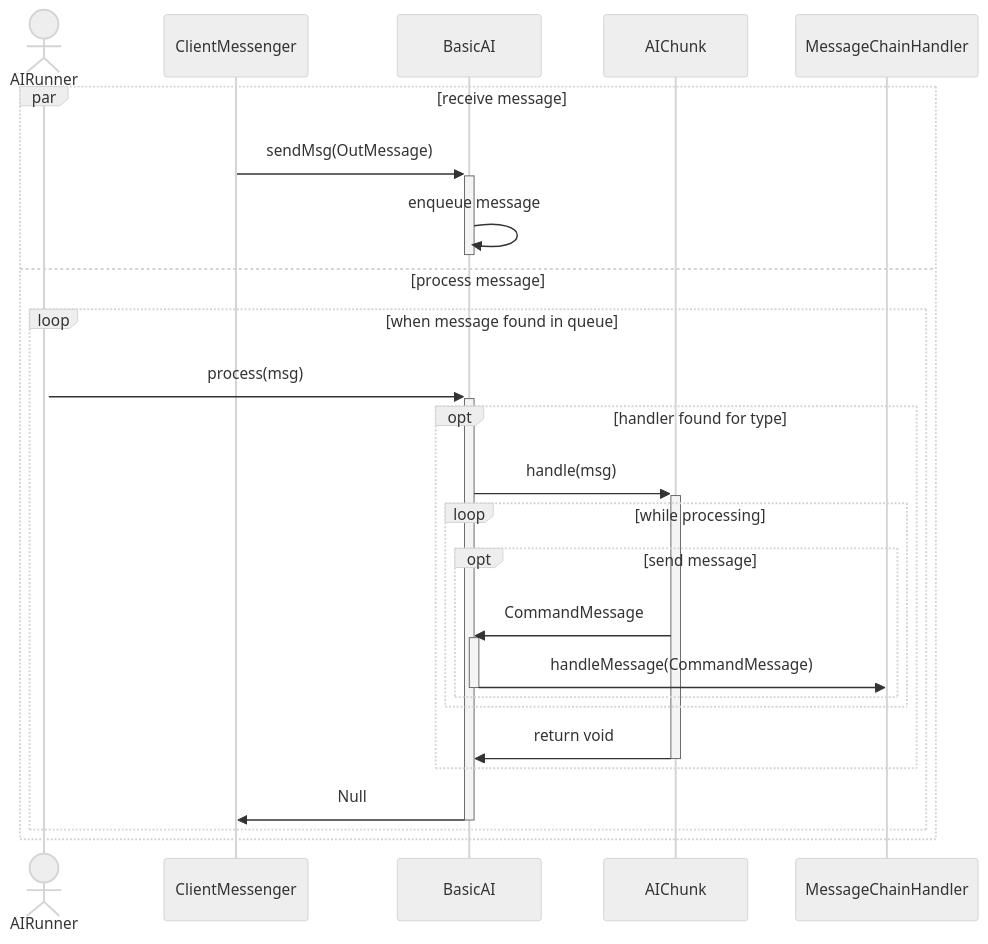
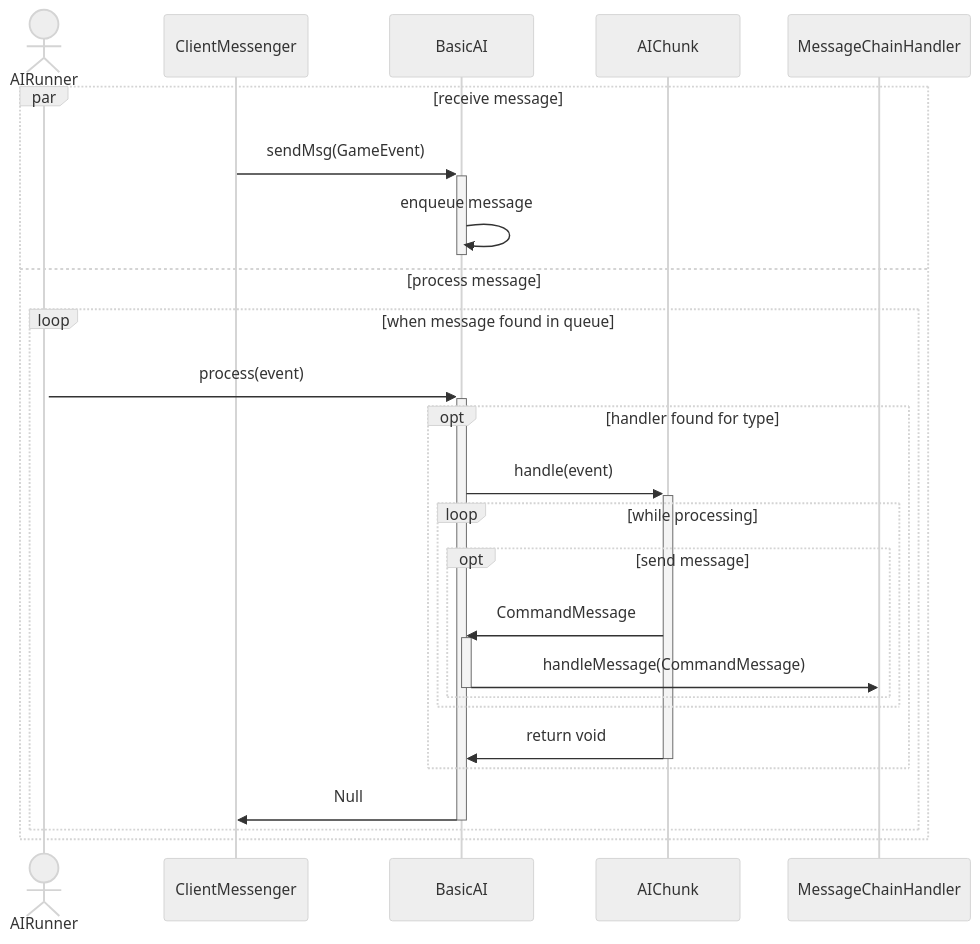
One commit to GeenDutchman/LHF-MUD changed the diagram in gameserver/src/main/java/com/lhf/game/creature/intelligence/README.md. Above: the diagram before and after it, drawn with Mermaid (neutral theme). The commit also changed 17 other files, not shown here.

````diff
--- a/gameserver/src/main/java/com/lhf/game/creature/intelligence/README.md
+++ b/gameserver/src/main/java/com/lhf/game/creature/intelligence/README.md
@@ -5,26 +5,26 @@
 ```mermaid
 sequenceDiagram
     actor AIRunner
     activate AIRunner
     par receive message
-        ClientMessenger ->>+ BasicAI : sendMsg(OutMessage)
+        ClientMessenger ->>+ BasicAI : sendMsg(GameEvent)
         BasicAI ->>- BasicAI : enqueue message
     and process message
         loop when message found in queue
-            AIRunner ->>+ BasicAI : process(msg)
+            AIRunner ->>+ BasicAI : process(event)
             opt handler found for type
-                BasicAI ->>+ AIChunk : handle(msg)
+                BasicAI ->>+ AIChunk : handle(event)
                 loop while processing
                     opt send message
                         AIChunk ->>+ BasicAI: CommandMessage
                         BasicAI ->> MessageChainHandler: handleMessage(CommandMessage)
                         deactivate BasicAI
                     end
                 end
                 AIChunk ->>- BasicAI: return void
             end
             BasicAI ->>- ClientMessenger: Null
         end
     end
 
 ```
````
